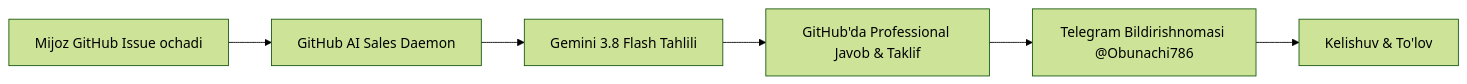
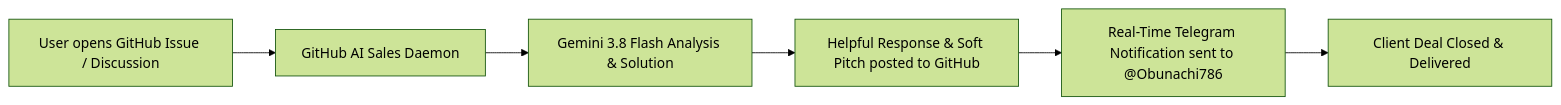
The diagram in README.md (afzalbek-dev/github-ai-sales-agent), drawn with Mermaid (forest theme) before and after one commit. The commit also changed other lines of this file, not shown here.

Commit message:
docs: improve README documentation in professional English

````diff
--- a/README.md
+++ b/README.md
@@ -33,8 +34,8 @@
 ```mermaid
 flowchart LR
-    A[Mijoz GitHub Issue ochadi] --> B[GitHub AI Sales Daemon]
-    B --> C[Gemini 3.8 Flash Tahlili]
-    C --> D[GitHub'da Professional Javob & Taklif]
-    D --> E[Telegram Bildirishnomasi @Obunachi786]
-    E --> F[Kelishuv & To'lov]
+    A[User opens GitHub Issue / Discussion] --> B[GitHub AI Sales Daemon]
+    B --> C[Gemini 3.8 Flash Analysis & Solution]
+    C --> D[Helpful Response & Soft Pitch posted to GitHub]
+    D --> E[Real-Time Telegram Notification sent to @Obunachi786]
+    E --> F[Client Deal Closed & Delivered]
 ```
````
